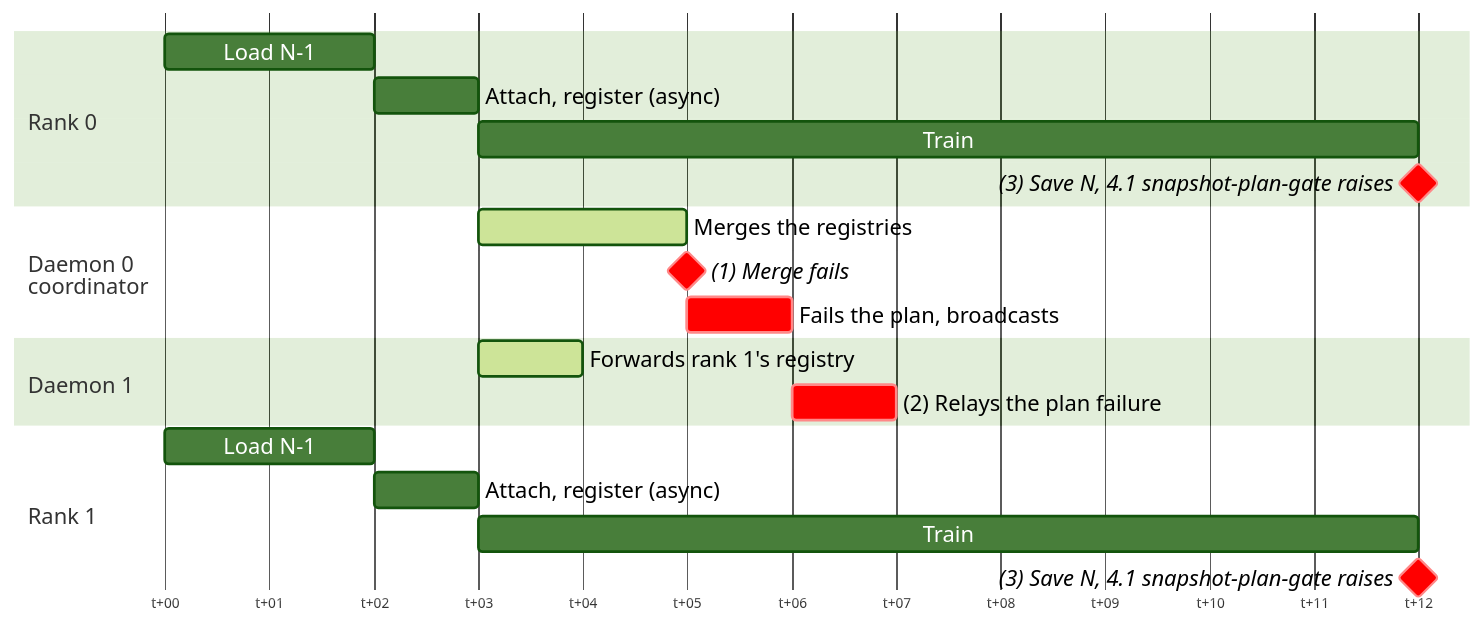
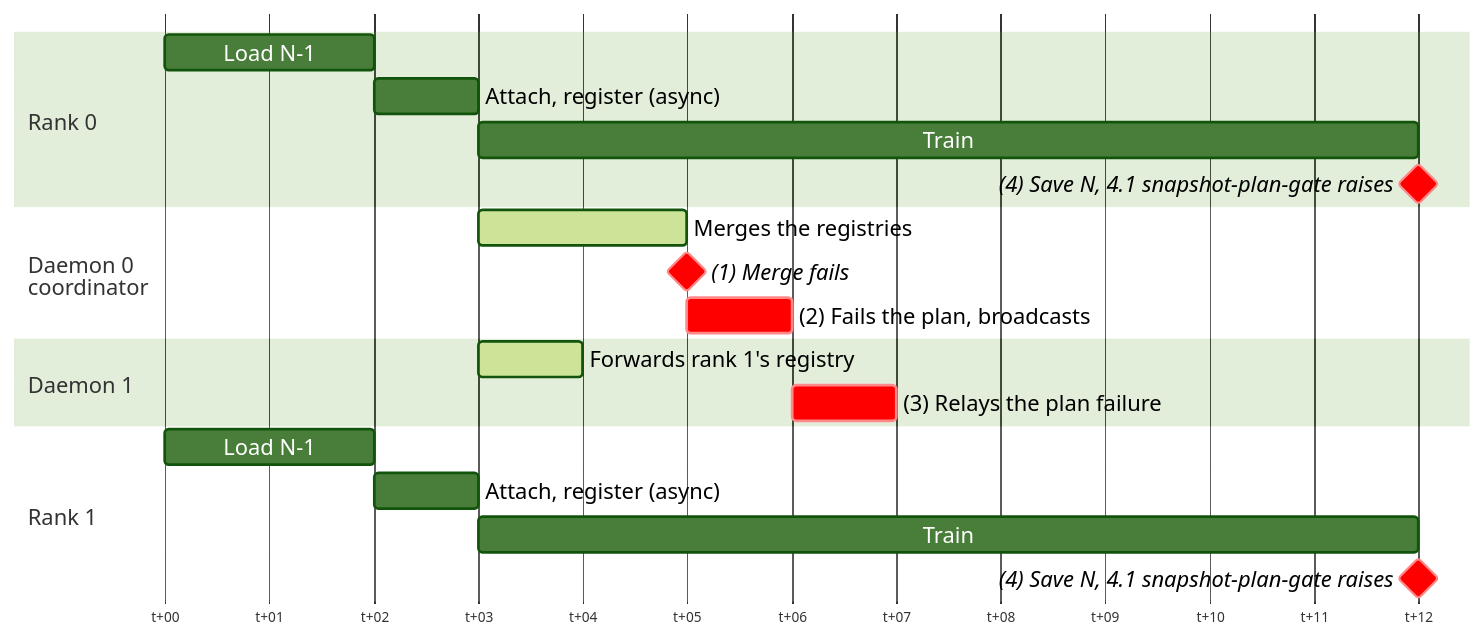
One commit to ankurv-nvidia/nvrx_checkpointing changed the seventh of 14 diagrams in docs/Design.md. Above: the diagram before and after it, drawn with Mermaid (forest theme). The commit also changed other lines of this file, not shown here.

Commit message:
Update diagrams

````diff
--- a/docs/Design.md
+++ b/docs/Design.md
@@ -549,28 +545,28 @@
 ```mermaid
-%%{init: {"gantt": {"fontSize": 16, "sectionFontSize": 16, "barHeight": 26, "barGap": 6, "leftPadding": 110, "topPadding": 40}}}%%
+%%{init: {"gantt": {"fontSize": 16, "sectionFontSize": 16, "barHeight": 26, "barGap": 6, "leftPadding": 110, "topPadding": 50}}}%%
 gantt
     dateFormat HH:mm
     axisFormat t+%M
     todayMarker off
 
     section Rank 0
-    Load N-1                            :r0a, 00:00, 2m
-    Attach, register (async)            :r0b, 00:02, 1m
-    Train                               :r0c, 00:03, 9m
-    (3) Save N, 4.1 snapshot-plan-gate raises:crit, milestone, r0d, 00:12, 0m
+    Load N-1                                  :r0a, 00:00, 2m
+    Attach, register (async)                  :r0b, 00:02, 1m
+    Train                                     :r0c, 00:03, 9m
+    (4) Save N, 4.1 snapshot-plan-gate raises :crit, milestone, r0d, 00:12, 0m
 
     section Daemon 0<br>coordinator
-    Merges the registries               :active, d0a, 00:03, 2m
-    (1) Merge fails                     :crit, milestone, d0b, 00:05, 0m
-    Fails the plan, broadcasts          :crit, d0c, 00:05, 1m
+    Merges the registries                     :active, d0a, 00:03, 2m
+    (1) Merge fails                           :crit, milestone, d0b, 00:05, 0m
+    (2) Fails the plan, broadcasts            :crit, d0c, 00:05, 1m
 
     section Daemon 1
-    Forwards rank 1's registry          :active, d1a, 00:03, 1m
-    (2) Relays the plan failure         :crit, d1b, 00:06, 1m
+    Forwards rank 1's registry                :active, d1a, 00:03, 1m
+    (3) Relays the plan failure               :crit, d1b, 00:06, 1m
 
     section Rank 1
-    Load N-1                            :r1a, 00:00, 2m
-    Attach, register (async)            :r1b, 00:02, 1m
-    Train                               :r1c, 00:03, 9m
-    (3) Save N, 4.1 snapshot-plan-gate raises:crit, milestone, r1d, 00:12, 0m
+    Load N-1                                  :r1a, 00:00, 2m
+    Attach, register (async)                  :r1b, 00:02, 1m
+    Train                                     :r1c, 00:03, 9m
+    (4) Save N, 4.1 snapshot-plan-gate raises :crit, milestone, r1d, 00:12, 0m
 ```
````
